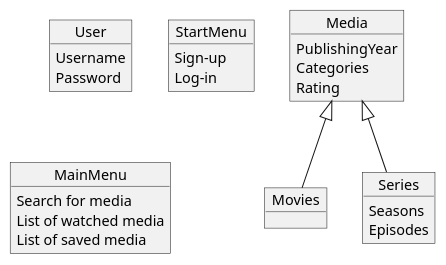
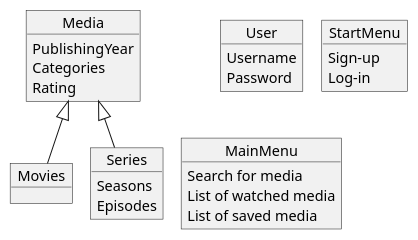
One commit to TobiasTheDanish/SP3 changed the diagram in Documentation/ObjectDiagram.puml. Above: the diagram before and after it, drawn with PlantUML. The commit also changed 4 other files, not shown here.

```diff
--- a/Documentation/ObjectDiagram.puml
+++ b/Documentation/ObjectDiagram.puml
@@ -1,32 +1,33 @@
 @startuml
-'https://plantuml.com/class-diagram
+!pragma layout smetana
+
 object Media {
 PublishingYear
 Categories
 Rating
 }
 object Movies
 object Series{
 Seasons
 Episodes
 }
 object User {
 Username
 Password
 }
 object StartMenu {
 Sign-up
 Log-in
 }
 object MainMenu {
 Search for media
 List of watched media
 List of saved media
 }
 
 Media <|-- Movies
 Media <|-- Series
 
 
 
 @enduml
```
